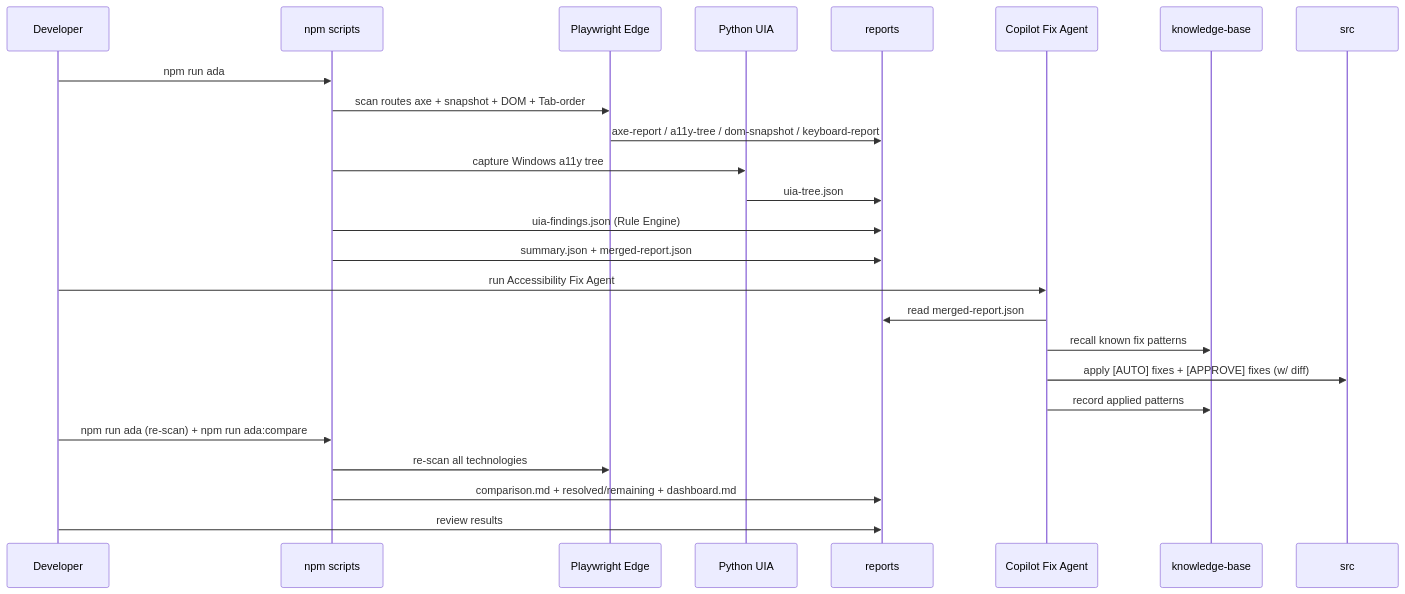
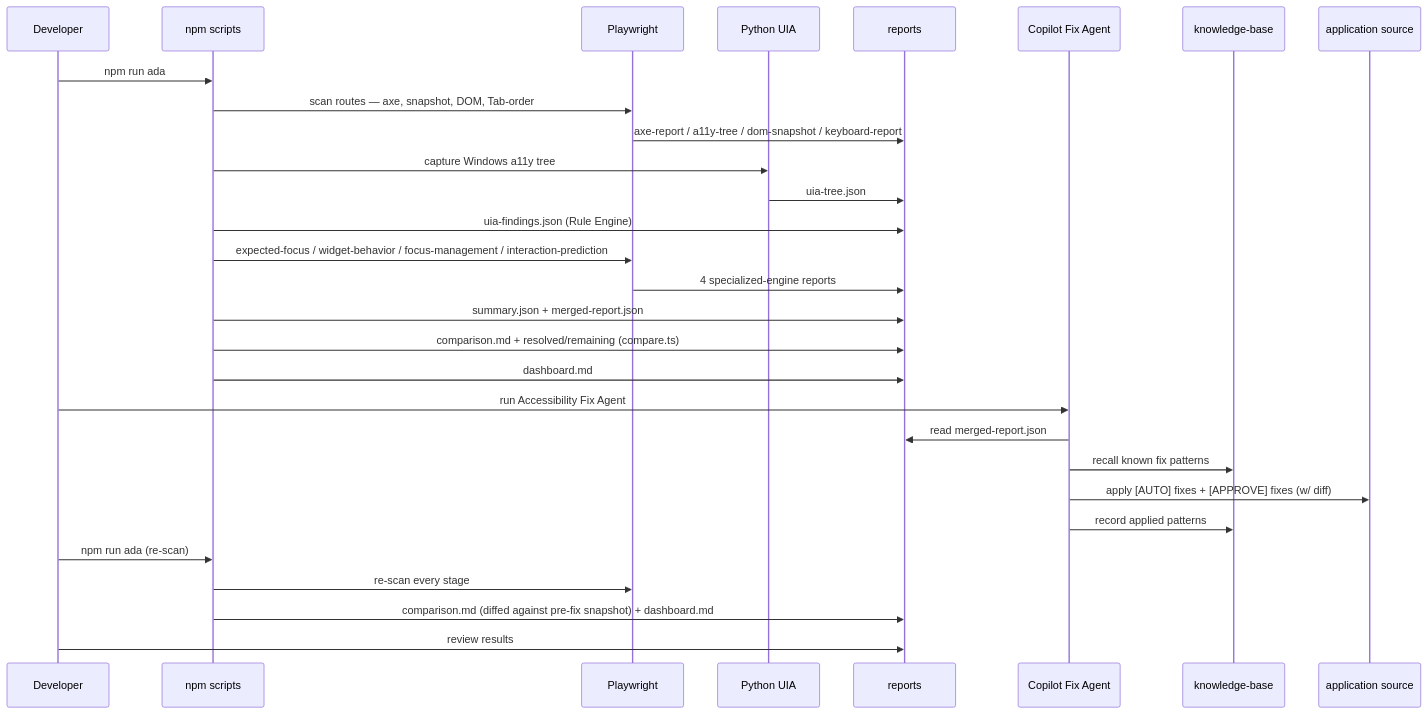
The sixth of 8 diagrams in ADA Harness/ARCHITECTURE.md (vivek1952p/GiftApp), drawn with Mermaid before and after one commit. The commit also changed other lines of this file and 60 other files, not shown here.

````diff
--- a/ADA Harness/ARCHITECTURE.md
+++ b/ADA Harness/ARCHITECTURE.md
@@ -188,28 +291,32 @@
 ```mermaid
 sequenceDiagram
     participant Dev as Developer
     participant NPM as npm scripts
-    participant PW as Playwright Edge
+    participant PW as Playwright
     participant PY as Python UIA
     participant FS as reports
     participant AI as Copilot Fix Agent
     participant KB as knowledge-base
-    participant SRC as src
+    participant SRC as application source
 
     Dev->>NPM: npm run ada
-    NPM->>PW: scan routes axe + snapshot + DOM + Tab-order
+    NPM->>PW: scan routes — axe, snapshot, DOM, Tab-order
     PW->>FS: axe-report / a11y-tree / dom-snapshot / keyboard-report
     NPM->>PY: capture Windows a11y tree
     PY->>FS: uia-tree.json
     NPM->>FS: uia-findings.json (Rule Engine)
+    NPM->>PW: expected-focus / widget-behavior / focus-management / interaction-prediction
+    PW->>FS: 4 specialized-engine reports
     NPM->>FS: summary.json + merged-report.json
+    NPM->>FS: comparison.md + resolved/remaining (compare.ts)
+    NPM->>FS: dashboard.md
     Dev->>AI: run Accessibility Fix Agent
     AI->>FS: read merged-report.json
     AI->>KB: recall known fix patterns
     AI->>SRC: apply [AUTO] fixes + [APPROVE] fixes (w/ diff)
     AI->>KB: record applied patterns
-    Dev->>NPM: npm run ada (re-scan) + npm run ada:compare
-    NPM->>PW: re-scan all technologies
-    NPM->>FS: comparison.md + resolved/remaining + dashboard.md
+    Dev->>NPM: npm run ada (re-scan)
+    NPM->>PW: re-scan every stage
+    NPM->>FS: comparison.md (diffed against pre-fix snapshot) + dashboard.md
     Dev->>FS: review results
 ```
````
